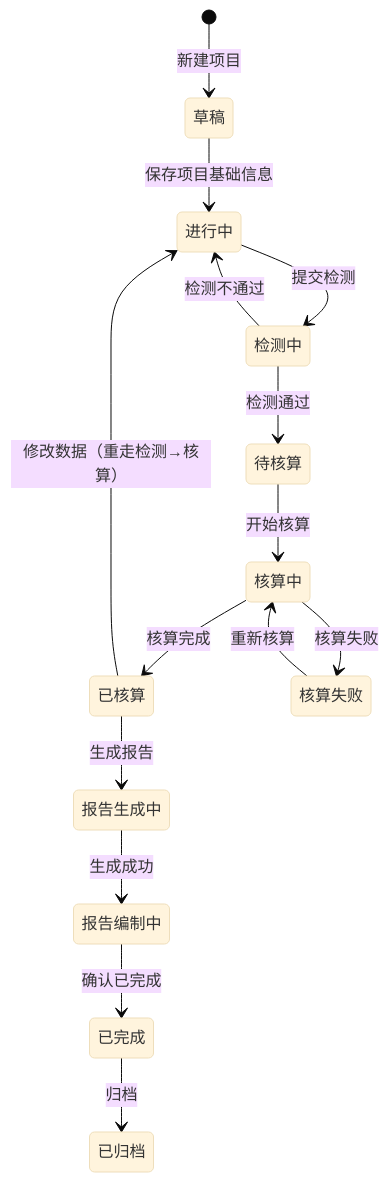
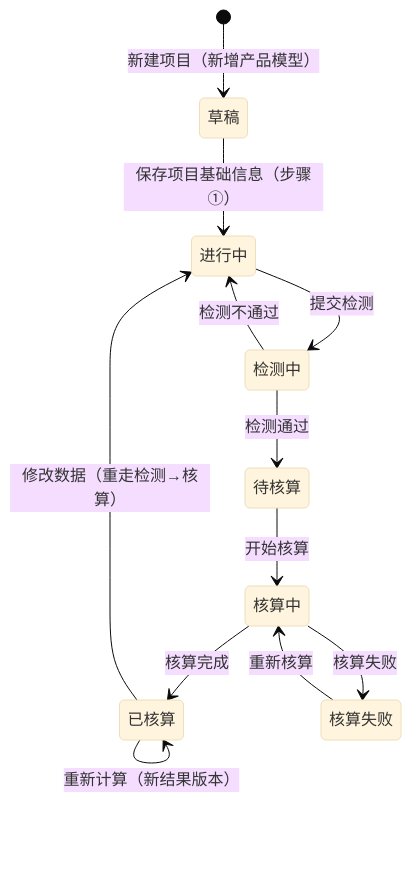
Before and after one commit to crystal6072/Carbon-accounting: the diagram in 04产品设计管理/02prd/02-2前台业务功能/01 碳核算项目/00碳核算项目_模块拆分与交互骨架.md, drawn with Mermaid (base theme). The commit also changed other lines of this file and 336 other files, not shown here.

````diff
--- a/04产品设计管理/02prd/02-2前台业务功能/01 碳核算项目/00碳核算项目_模块拆分与交互骨架.md
+++ b/04产品设计管理/02prd/02-2前台业务功能/01 碳核算项目/00碳核算项目_模块拆分与交互骨架.md
@@ -265,17 +273,14 @@
 ```mermaid
 stateDiagram-v2
-    [*] --> 草稿: 新建项目
-    草稿 --> 进行中: 保存项目基础信息
+    [*] --> 草稿: 新建项目（新增产品模型）
+    草稿 --> 进行中: 保存项目基础信息（步骤①）
     进行中 --> 检测中: 提交检测
     检测中 --> 进行中: 检测不通过
     检测中 --> 待核算: 检测通过
     待核算 --> 核算中: 开始核算
     核算中 --> 已核算: 核算完成
     核算中 --> 核算失败: 核算失败
     核算失败 --> 核算中: 重新核算
-    已核算 --> 报告生成中: 生成报告
-    报告生成中 --> 报告编制中: 生成成功
-    报告编制中 --> 已完成: 确认已完成
-    已完成 --> 已归档: 归档
+    已核算 --> 已核算: 重新计算（新结果版本）
     已核算 --> 进行中: 修改数据（重走检测→核算）
 ```
````
